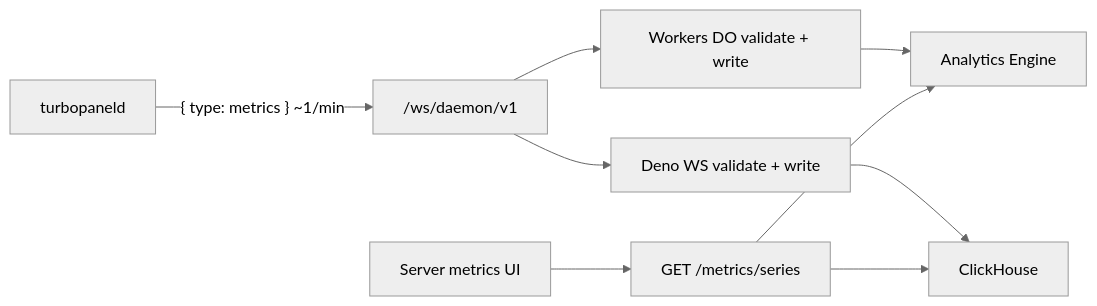
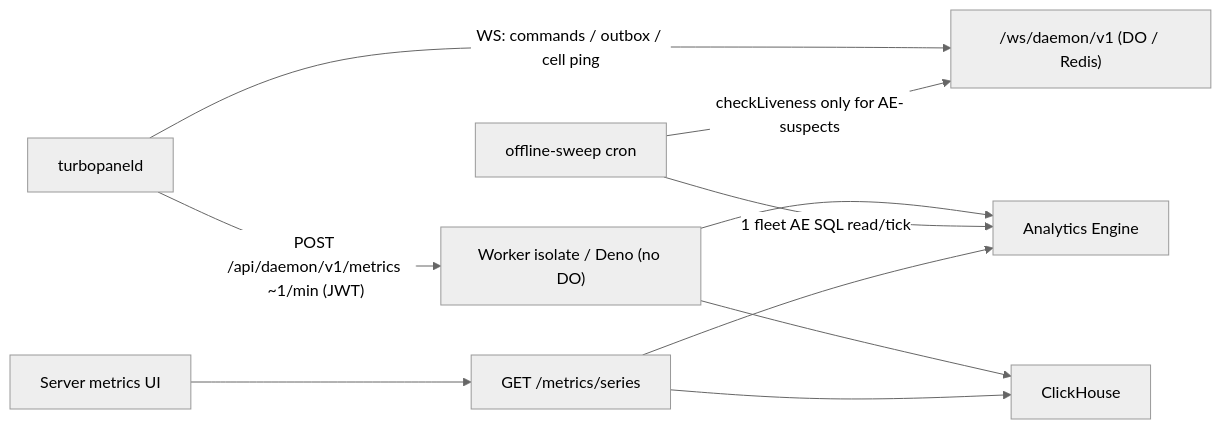
Before and after one commit to TurboPanel/website: the diagram in docs/architecture/server-metrics.mdx, drawn with Mermaid (neutral theme). The commit also changed other lines of this file and 1 other file, not shown here.

Commit message:
Enhance daemon-cell and server-metrics documentation to reflect the transition of host metrics ingestion to `POST /api/daemon/v1/metrics`, eliminating Durable Object duration costs. Update architecture diagrams and clarify offline-sweep cron behavior for improved accuracy and understanding.

````diff
--- a/docs/architecture/server-metrics.mdx
+++ b/docs/architecture/server-metrics.mdx
@@ -33,11 +33,12 @@
 ```mermaid
 graph LR
-    Daemon["turbopaneld"] -->|"{ type: metrics } ~1/min"| WS["/ws/daemon/v1"]
-    WS --> Workers["Workers DO validate + write"]
-    WS --> Deno["Deno WS validate + write"]
-    Workers --> AE["Analytics Engine"]
-    Deno --> CH["ClickHouse"]
+    Daemon["turbopaneld"] -->|"WS: commands / outbox / cell ping"| WS["/ws/daemon/v1 (DO / Redis)"]
+    Daemon -->|"POST /api/daemon/v1/metrics ~1/min (JWT)"| HTTP["Worker isolate / Deno (no DO)"]
+    HTTP --> AE["Analytics Engine"]
+    HTTP --> CH["ClickHouse"]
+    Cron["offline-sweep cron"] -->|"1 fleet AE SQL read/tick"| AE
+    Cron -->|"checkLiveness only for AE-suspects"| WS
     API["GET /metrics/series"] --> AE
     API --> CH
     UI["Server metrics UI"] --> API
 ```
````
